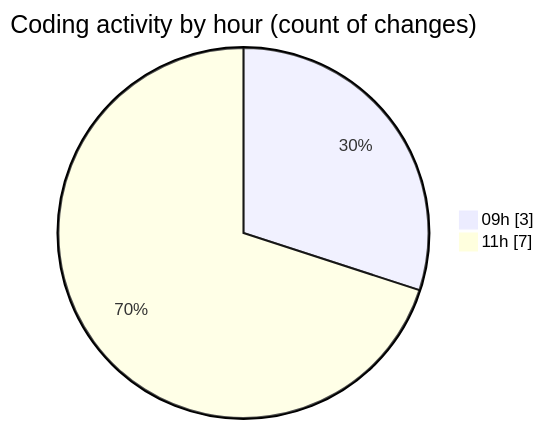
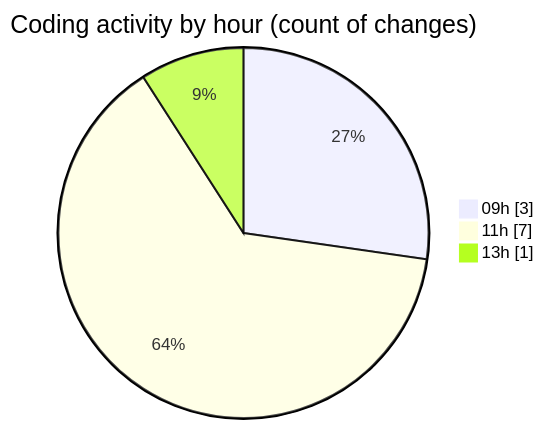
One commit to momahboobian/code-tracking changed the second of 2 diagrams in 2026-10-19/cda/README.md. Above: the diagram before and after it, drawn with Mermaid. The commit also changed other lines of this file and 1 other file, not shown here.

````diff
--- a/2026-10-19/cda/README.md
+++ b/2026-10-19/cda/README.md
@@ -32,6 +34,7 @@
 ```mermaid
 pie showData
 title Coding activity by hour (count of changes)
 "09h" : 3
 "11h" : 7
+"13h" : 1
 ```
````
